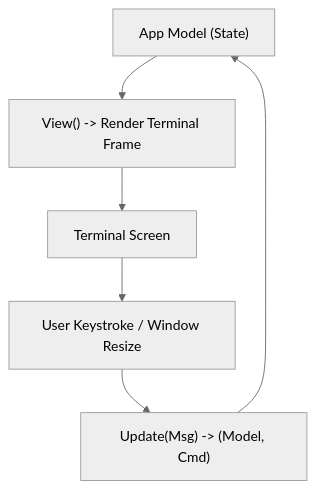
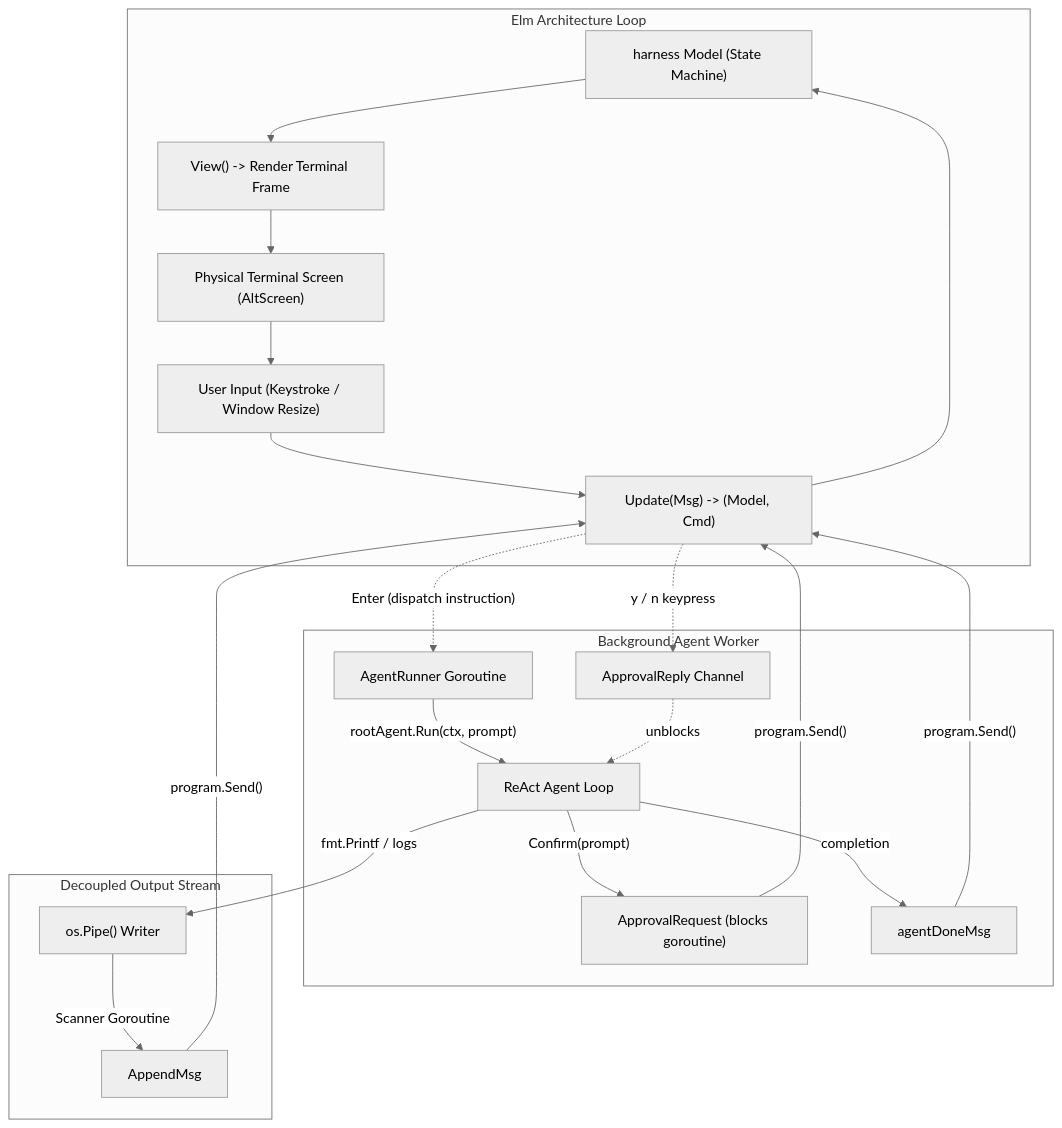
One commit to AntonioHellin/phi-code-agent changed the diagram in docs/steps/12-full-tui.md. Above: the diagram before and after it, drawn with Mermaid (neutral theme). The commit also changed other lines of this file and 7 other files, not shown here.

````diff
--- a/docs/steps/12-full-tui.md
+++ b/docs/steps/12-full-tui.md
@@ -25,8 +27,27 @@
 ```mermaid
 flowchart TD
-    Model["App Model (State)"] --> View["View() -> Render Terminal Frame"]
-    View --> Terminal["Terminal Screen"]
-    Terminal --> Event["User Keystroke / Window Resize"]
-    Event --> Update["Update(Msg) -> (Model, Cmd)"]
-    Update --> Model
+    subgraph Elm Architecture Loop
+        Model["harness Model (State Machine)"] --> View["View() -> Render Terminal Frame"]
+        View --> Screen["Physical Terminal Screen (AltScreen)"]
+        Screen --> Event["User Input (Keystroke / Window Resize)"]
+        Event --> Update["Update(Msg) -> (Model, Cmd)"]
+        Update --> Model
+    end
+
+    subgraph Background Agent Worker
+        Update -.->|"Enter (dispatch instruction)"| Runner["AgentRunner Goroutine"]
+        Runner -->|"rootAgent.Run(ctx, prompt)"| Agent["ReAct Agent Loop"]
+        Agent -->|"Confirm(prompt)"| ApprovalReq["ApprovalRequest (blocks goroutine)"]
+        ApprovalReq -->|"program.Send()"| Update
+        Update -.->|"y / n keypress"| ApprovalReply["ApprovalReply Channel"]
+        ApprovalReply -.->|"unblocks"| Agent
+        Agent -->|"completion"| AgentDone["agentDoneMsg"]
+        AgentDone -->|"program.Send()"| Update
+    end
+
+    subgraph Decoupled Output Stream
+        Agent -->|"fmt.Printf / logs"| StdoutPipe["os.Pipe() Writer"]
+        StdoutPipe -->|"Scanner Goroutine"| AppendMsg["AppendMsg"]
+        AppendMsg -->|"program.Send()"| Update
+    end
 ```
````
